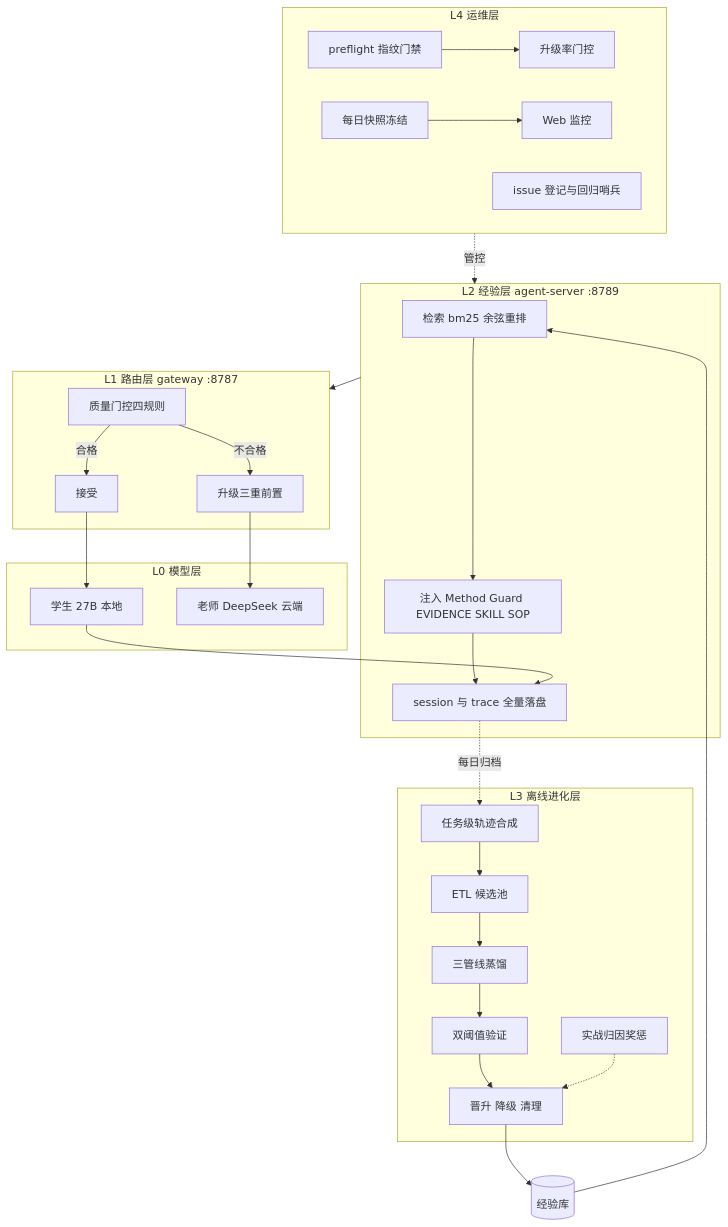
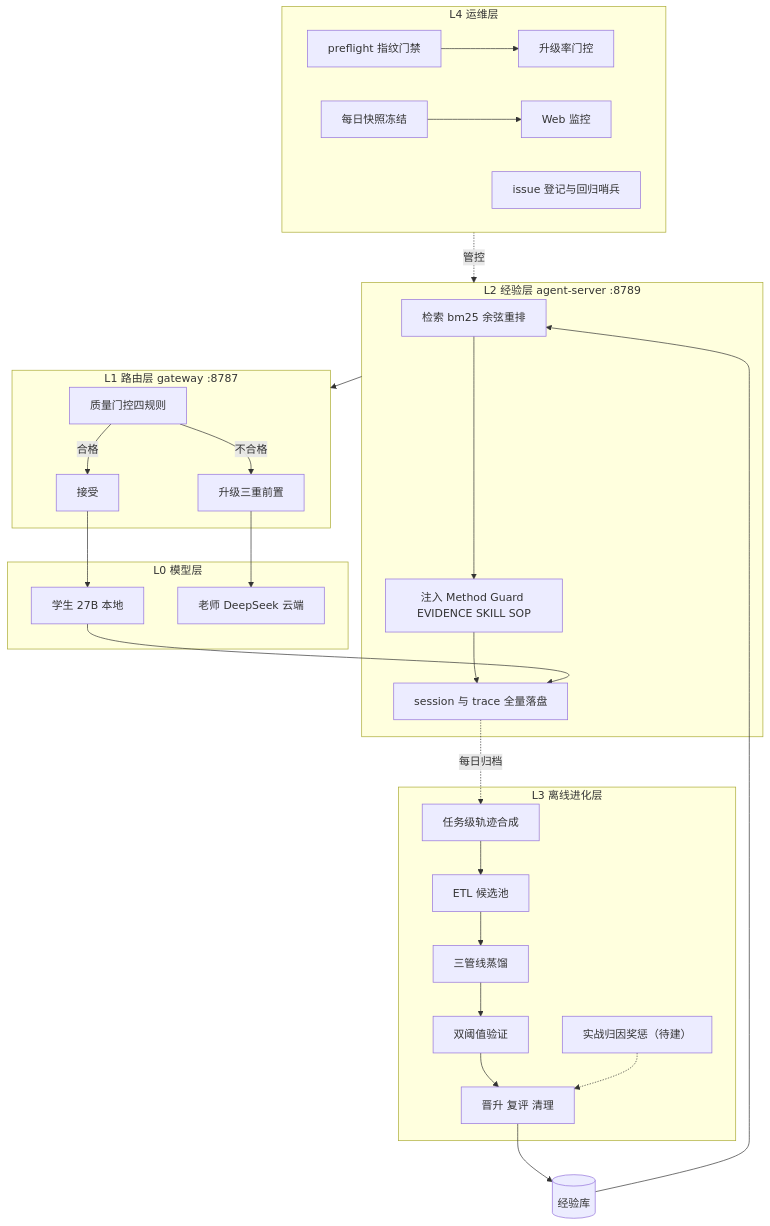
The first of 5 diagrams in doc/design/2026-08-13-agent-server-high-level-design-v2.md (turbin/Turbo-pi), drawn with Mermaid before and after one commit. The commit also changed other lines of this file and 24 other files, not shown here.

First line of the commit message:
docs(agent-server): 概要设计 v2 对抗式审查收口——状态标注制、台账新增 10 项、演进方案 6、五图重渲染

````diff
--- a/doc/design/2026-08-13-agent-server-high-level-design-v2.md
+++ b/doc/design/2026-08-13-agent-server-high-level-design-v2.md
@@ -13,34 +24,34 @@
 ```mermaid
 flowchart TB
     subgraph L4["L4 运维层"]
         PRE["preflight 指纹门禁"] --> GATE["升级率门控"]
         SNAP["每日快照冻结"] --> DASH["Web 监控"]
         ISSUE["issue 登记与回归哨兵"]
     end
     subgraph L3["L3 离线进化层"]
         SYN["任务级轨迹合成"] --> ETL["ETL 候选池"]
         ETL --> DIST["三管线蒸馏"] --> VER["双阈值验证"]
-        VER --> PROM["晋升 降级 清理"]
-        ATR["实战归因奖惩"] -.-> PROM
+        VER --> PROM["晋升 复评 清理"]
+        ATR["实战归因奖惩（待建）"] -.-> PROM
     end
     subgraph L2["L2 经验层 agent-server :8789"]
         RET["检索 bm25 余弦重排"] --> INJ["注入 Method Guard EVIDENCE SKILL SOP"]
         INJ --> SW["session 与 trace 全量落盘"]
     end
     subgraph L1["L1 路由层 gateway :8787"]
         Q["质量门控四规则"] -->|合格| OK["接受"]
         Q -->|不合格| ESC["升级三重前置"]
     end
     subgraph L0["L0 模型层"]
         STU["学生 27B 本地"]
         TEA["老师 DeepSeek 云端"]
     end
     L4 -.管控.-> L2
     L2 --> L1
     OK --> STU
     ESC --> TEA
     STU --> SW
     SW -.每日归档.-> SYN
     PROM --> STORE[("经验库")]
     STORE --> RET
 ```
````
